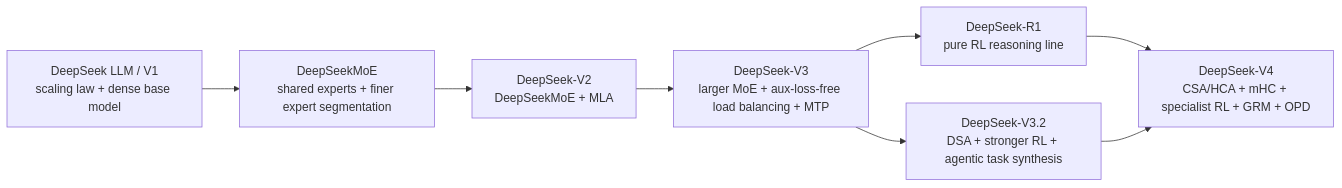
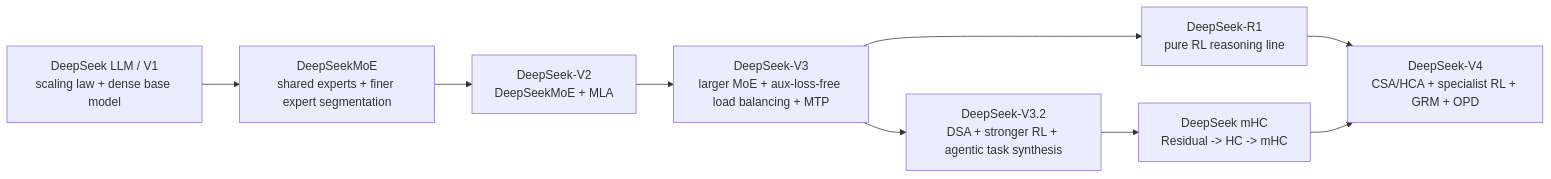
The diagram in learning/deepseek-v1-to-v4-research-route.md (UAM11/agent-native-scriptorium), drawn with Mermaid before and after one commit. The commit also changed other lines of this file and 2 other files, not shown here.

Commit message:
Add mHC bridge to DeepSeek route note

````diff
--- a/learning/deepseek-v1-to-v4-research-route.md
+++ b/learning/deepseek-v1-to-v4-research-route.md
@@ -59,10 +61,11 @@
 ```mermaid
 flowchart LR
     A["DeepSeek LLM / V1<br/>scaling law + dense base model"] --> B["DeepSeekMoE<br/>shared experts + finer expert segmentation"]
     B --> C["DeepSeek-V2<br/>DeepSeekMoE + MLA"]
     C --> D["DeepSeek-V3<br/>larger MoE + aux-loss-free load balancing + MTP"]
     D --> E["DeepSeek-R1<br/>pure RL reasoning line"]
     D --> F["DeepSeek-V3.2<br/>DSA + stronger RL + agentic task synthesis"]
-    E --> G["DeepSeek-V4<br/>CSA/HCA + mHC + specialist RL + GRM + OPD"]
-    F --> G
+    F --> H["DeepSeek mHC<br/>Residual -> HC -> mHC"]
+    E --> G["DeepSeek-V4<br/>CSA/HCA + specialist RL + GRM + OPD"]
+    H --> G
 ```
````
